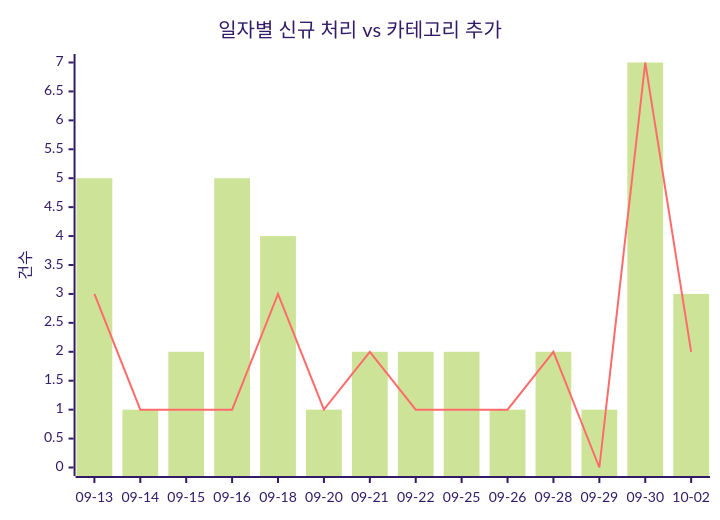
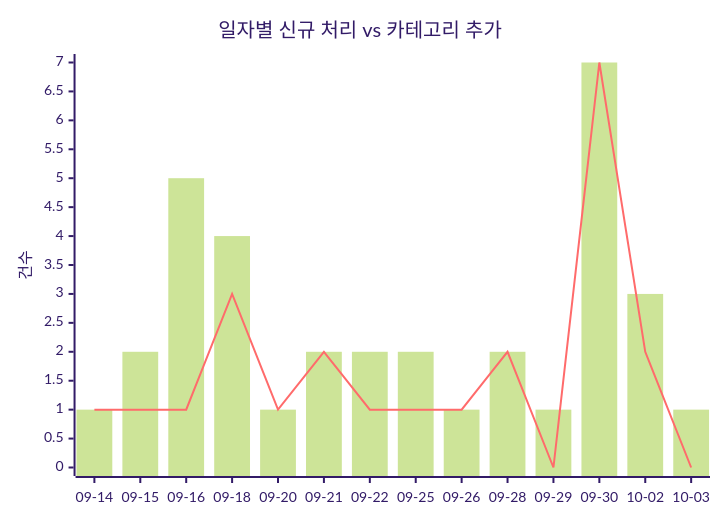
The first of 2 diagrams in docs/trends.md (J-nowcow/awesome-korean-agent-skills), drawn with Mermaid (forest theme) before and after one commit. The commit also changed other lines of this file and 2 other files, not shown here.

````diff
--- a/docs/trends.md
+++ b/docs/trends.md
@@ -32,8 +32,8 @@
 ```mermaid
 xychart-beta
     title "일자별 신규 처리 vs 카테고리 추가"
-    x-axis ["09-13","09-14","09-15","09-16","09-18","09-20","09-21","09-22","09-25","09-26","09-28","09-29","09-30","10-02"]
+    x-axis ["09-14","09-15","09-16","09-18","09-20","09-21","09-22","09-25","09-26","09-28","09-29","09-30","10-02","10-03"]
     y-axis "건수"
-    bar [5,1,2,5,4,1,2,2,2,1,2,1,7,3]
-    line [3,1,1,1,3,1,2,1,1,1,2,0,7,2]
+    bar [1,2,5,4,1,2,2,2,1,2,1,7,3,1]
+    line [1,1,1,3,1,2,1,1,1,2,0,7,2,0]
 ```
````
